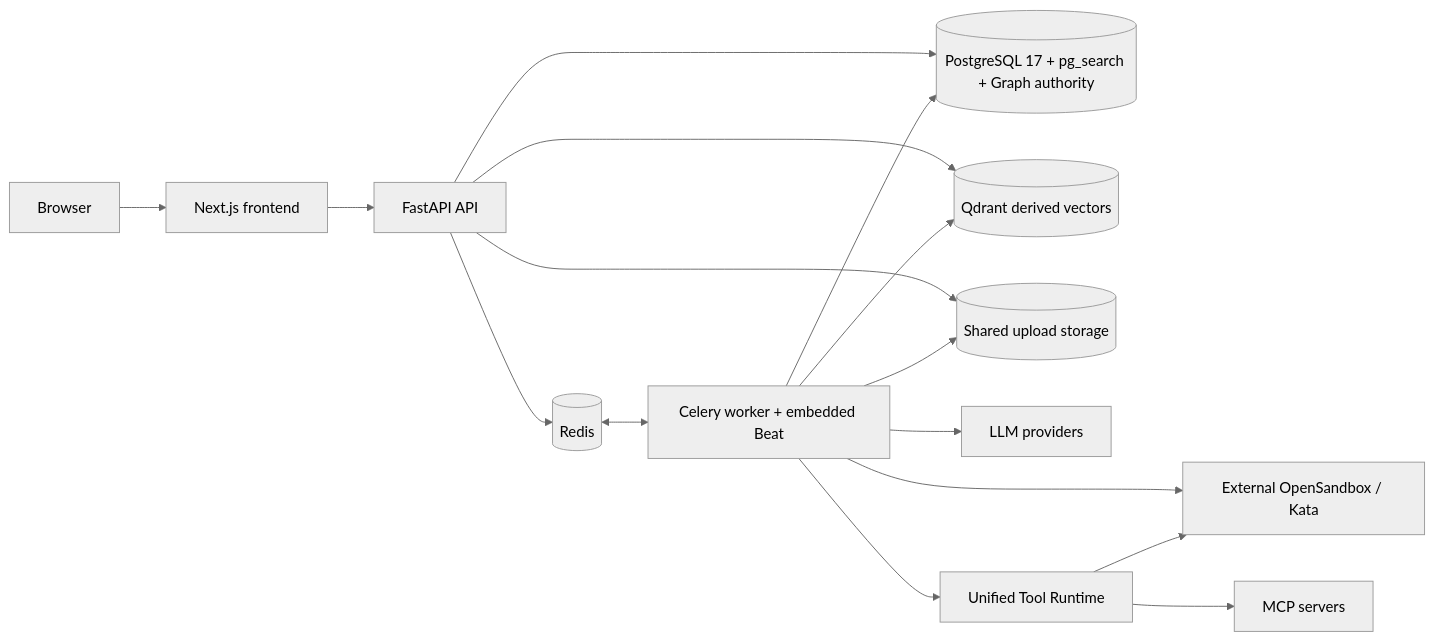
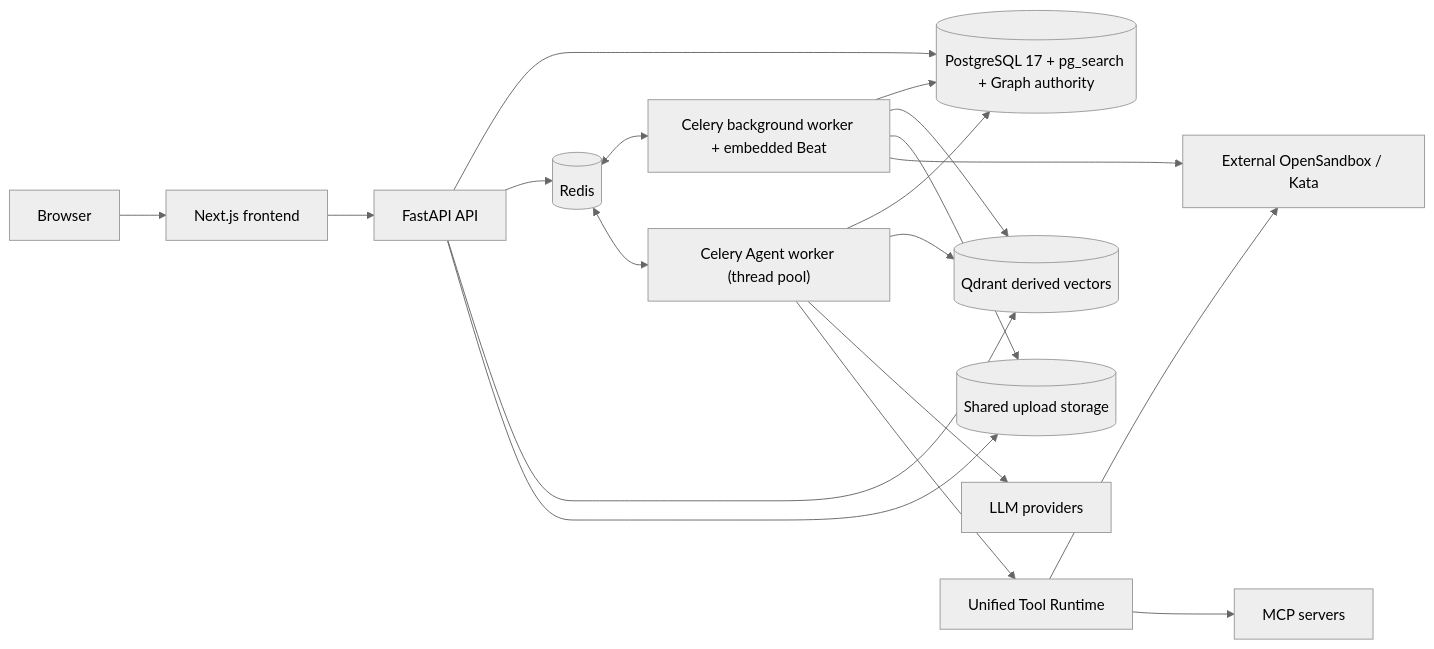
The diagram in README.md (IQZZ020501/NexaFlow), drawn with Mermaid (neutral theme) before and after one commit. The commit also changed other lines of this file and 20 other files, not shown here.

First line of the commit message:
feat: Enhance Celery worker architecture with role-based queue handling and agent run redispatching

````diff
--- a/README.md
+++ b/README.md
@@ -63,18 +63,21 @@
 ```mermaid
 flowchart LR
     Browser[Browser] --> Web[Next.js frontend]
     Web --> API[FastAPI API]
     API --> DB[("PostgreSQL 17 + pg_search + Graph authority")]
     API --> Redis[(Redis)]
     API --> Qdrant[("Qdrant derived vectors")]
     API --> Storage[("Shared upload storage")]
-    Redis <--> Worker["Celery worker + embedded Beat"]
+    Redis <--> Worker["Celery background worker + embedded Beat"]
+    Redis <--> AgentWorker["Celery Agent worker (thread pool)"]
     Worker --> DB
     Worker --> Qdrant
     Worker --> Storage[(Shared upload storage)]
     Worker --> Sandbox[External OpenSandbox / Kata]
-    Worker --> Models[LLM providers]
-    Worker --> ToolRuntime[Unified Tool Runtime]
+    AgentWorker --> DB
+    AgentWorker --> Qdrant
+    AgentWorker --> Models[LLM providers]
+    AgentWorker --> ToolRuntime[Unified Tool Runtime]
     ToolRuntime --> Sandbox
     ToolRuntime --> MCP[MCP servers]
 ```
````
